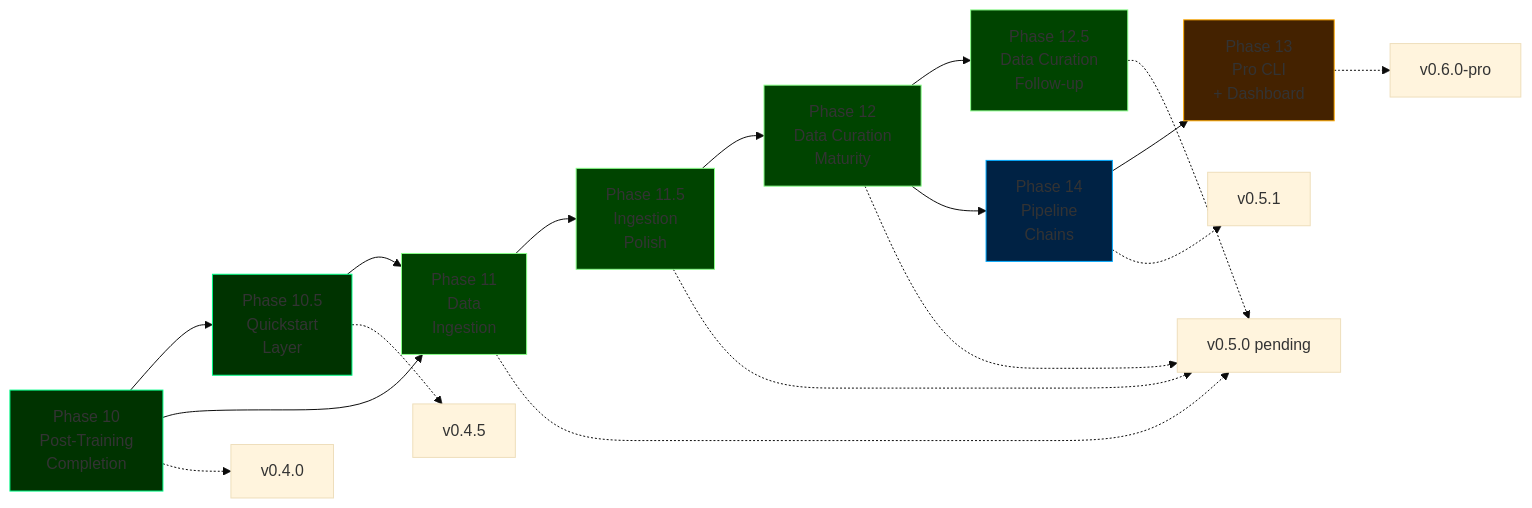
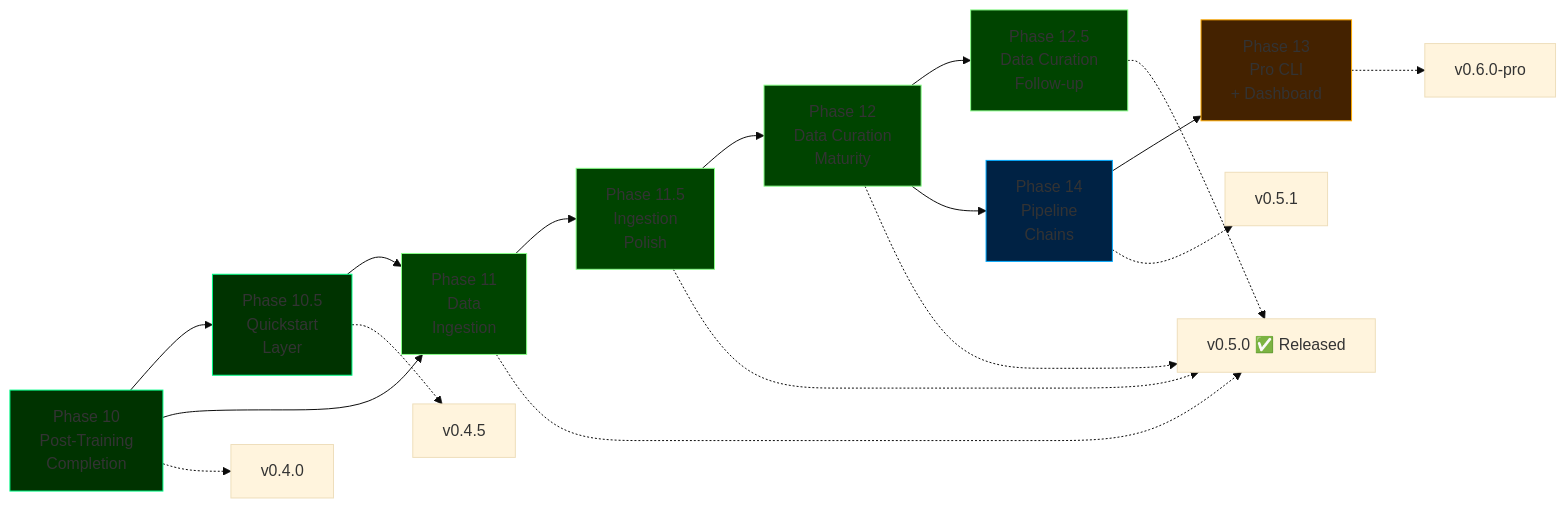
One commit to cemililik/ForgeLM changed the diagram in docs/roadmap.md. Above: the diagram before and after it, drawn with Mermaid (base theme). The commit also changed 14 other files, not shown here.

````diff
--- a/docs/roadmap.md
+++ b/docs/roadmap.md
@@ -37,29 +37,29 @@
 ```mermaid
 graph LR
     P10[Phase 10<br/>Post-Training<br/>Completion] --> P105[Phase 10.5<br/>Quickstart<br/>Layer]
     P10 --> P11[Phase 11<br/>Data<br/>Ingestion]
     P105 --> P11
     P11 --> P115[Phase 11.5<br/>Ingestion<br/>Polish]
     P115 --> P12[Phase 12<br/>Data Curation<br/>Maturity]
     P12 --> P125[Phase 12.5<br/>Data Curation<br/>Follow-up]
     P12 --> P14[Phase 14<br/>Pipeline<br/>Chains]
     P14 --> P13[Phase 13<br/>Pro CLI<br/>+ Dashboard]
 
     P10 -.-> V1[v0.4.0]
     P105 -.-> V15[v0.4.5]
-    P11 -.-> V2[v0.5.0 pending]
+    P11 -.-> V2[v0.5.0 ✅ Released]
     P115 -.-> V2
     P12 -.-> V2
     P125 -.-> V2
     P14 -.-> V23[v0.5.1]
     P13 -.-> V3[v0.6.0-pro]
 
     style P10 fill:#003300,stroke:#00ff88
     style P105 fill:#003300,stroke:#00ff88
     style P11 fill:#004400,stroke:#88ff88
     style P115 fill:#004400,stroke:#88ff88
     style P12 fill:#004400,stroke:#88ff88
     style P125 fill:#004400,stroke:#88ff88
     style P14 fill:#002244,stroke:#00aaff
     style P13 fill:#442200,stroke:#ffaa00
 ```
````
